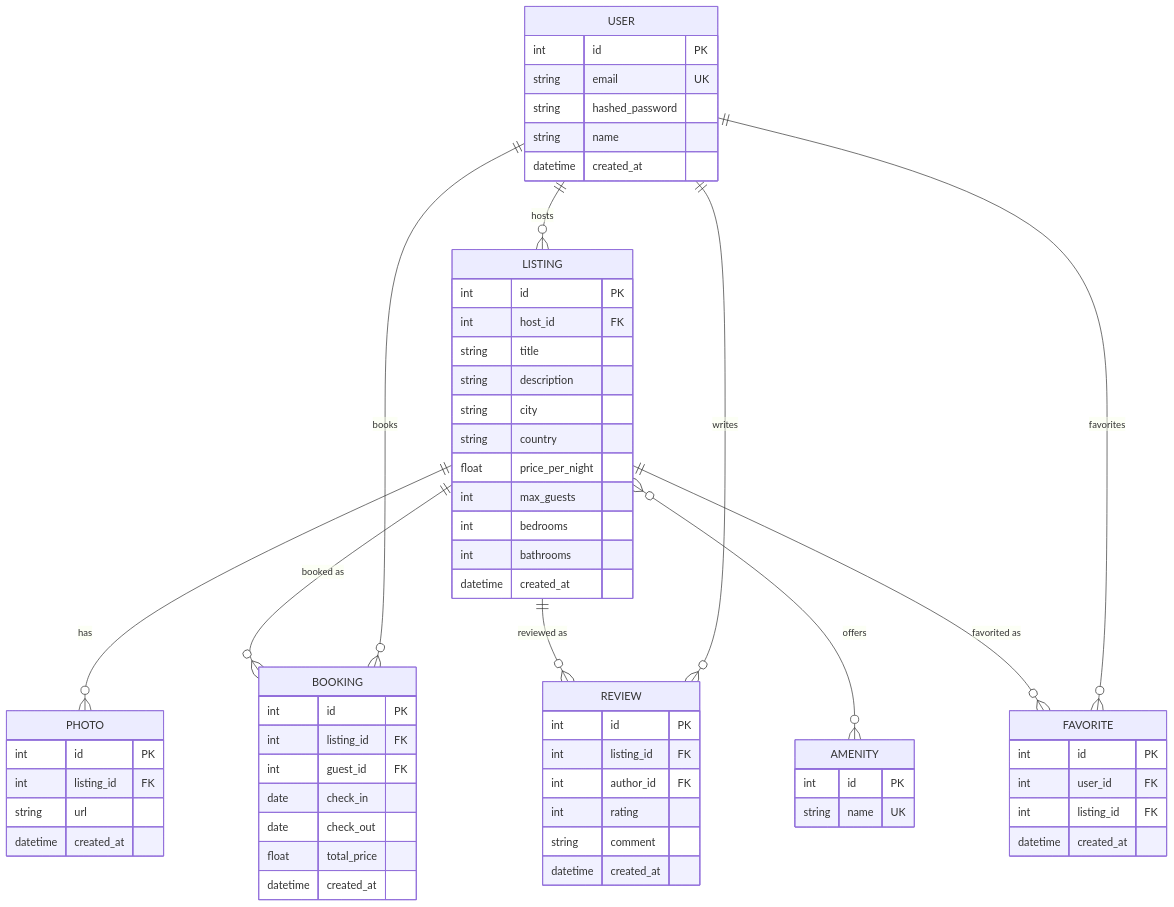
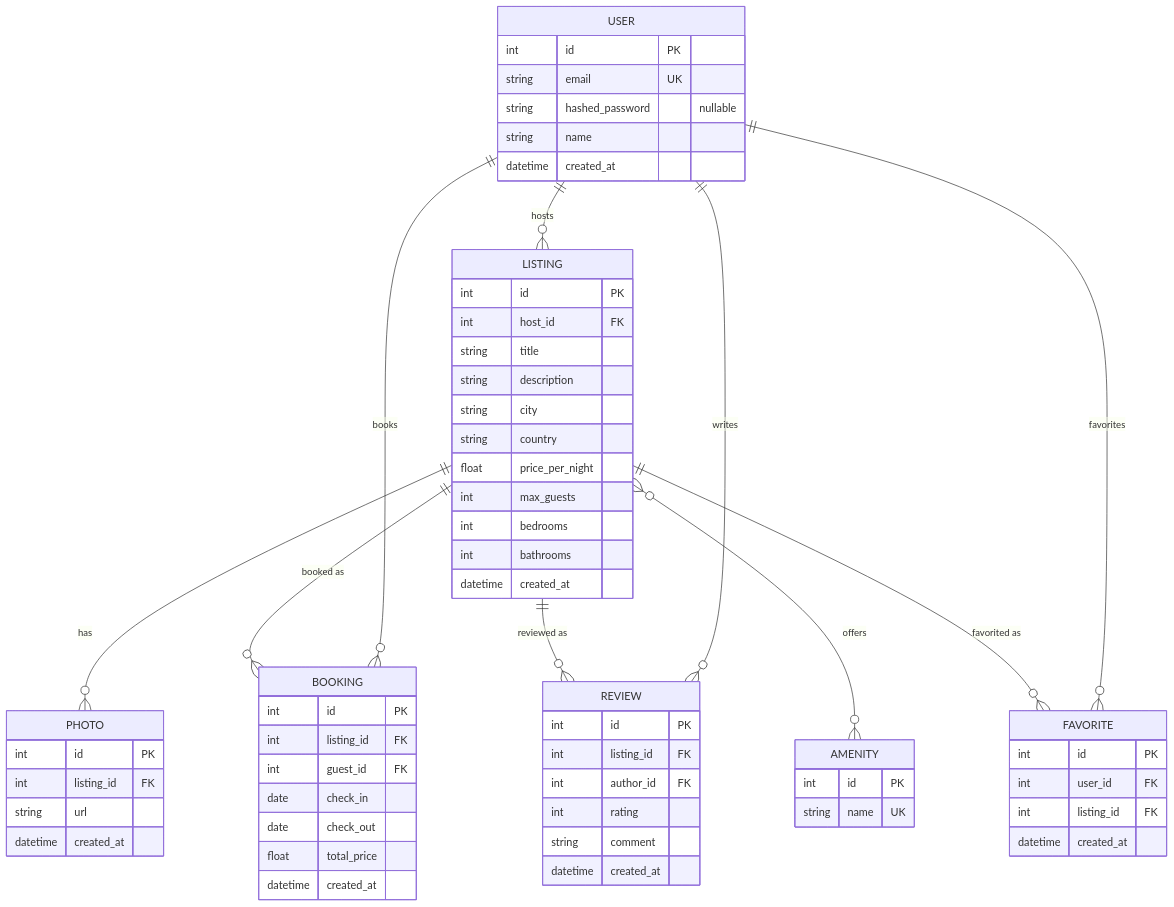
The diagram in .docs/DATABASE.md (Killer545537/porchlight), drawn with Mermaid before and after one commit. The commit also changed other lines of this file and 12 other files, not shown here.

````diff
--- a/.docs/DATABASE.md
+++ b/.docs/DATABASE.md
@@ -7,66 +7,66 @@
 ```mermaid
 erDiagram
     USER ||--o{ LISTING : hosts
     USER ||--o{ BOOKING : books
     USER ||--o{ REVIEW : writes
     USER ||--o{ FAVORITE : favorites
     LISTING ||--o{ PHOTO : has
     LISTING ||--o{ BOOKING : "booked as"
     LISTING ||--o{ REVIEW : "reviewed as"
     LISTING ||--o{ FAVORITE : "favorited as"
     LISTING }o--o{ AMENITY : offers
 
     USER {
         int id PK
         string email UK
-        string hashed_password
+        string hashed_password "nullable"
         string name
         datetime created_at
     }
     LISTING {
         int id PK
         int host_id FK
         string title
         string description
         string city
         string country
         float price_per_night
         int max_guests
         int bedrooms
         int bathrooms
         datetime created_at
     }
     PHOTO {
         int id PK
         int listing_id FK
         string url
         datetime created_at
     }
     AMENITY {
         int id PK
         string name UK
     }
     BOOKING {
         int id PK
         int listing_id FK
         int guest_id FK
         date check_in
         date check_out
         float total_price
         datetime created_at
     }
     REVIEW {
         int id PK
         int listing_id FK
         int author_id FK
         int rating
         string comment
         datetime created_at
     }
     FAVORITE {
         int id PK
         int user_id FK
         int listing_id FK
         datetime created_at
     }
 ```
````
